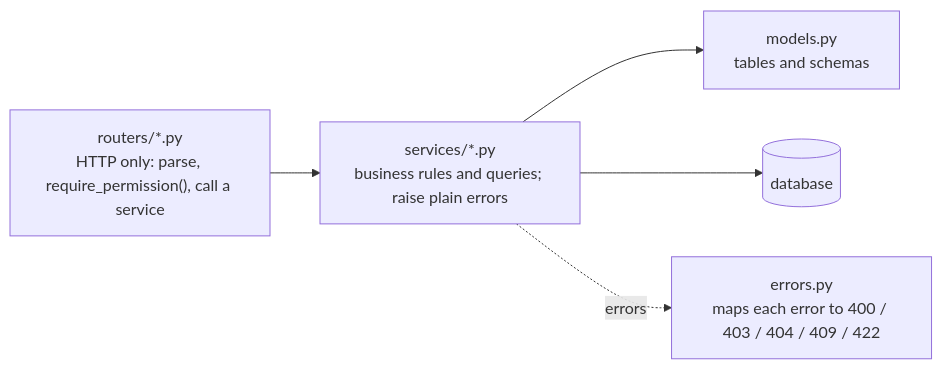
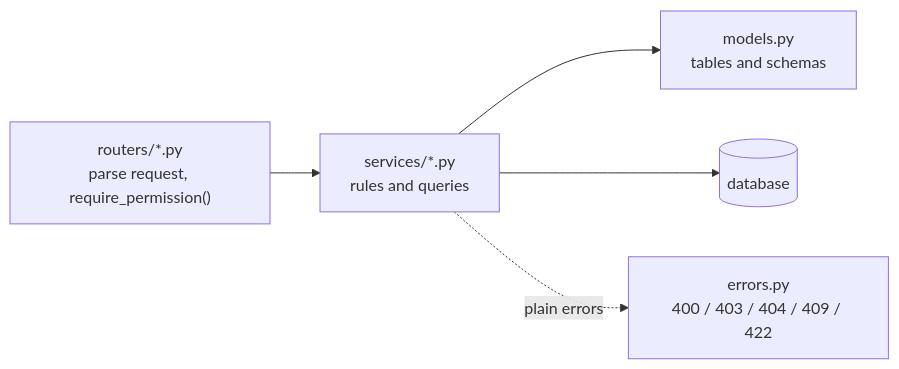
Before and after one commit to TanvirMahmudTushar/gym-buddy: the third of 8 diagrams in docs/FINAL_REPORT.md, drawn with Mermaid. The commit also changed other lines of this file and 24 other files, not shown here.

````diff
--- a/docs/FINAL_REPORT.md
+++ b/docs/FINAL_REPORT.md
@@ -220,7 +555,7 @@
 ```mermaid
 flowchart LR
-    R["routers/*.py<br/>HTTP only: parse, require_permission(), call a service"] --> S["services/*.py<br/>business rules and queries; raise plain errors"]
+    R["routers/*.py<br/>parse request, require_permission()"] --> S["services/*.py<br/>rules and queries"]
     S --> M["models.py<br/>tables and schemas"]
     S --> D[(database)]
-    S -. errors .-> H["errors.py<br/>maps each error to 400 / 403 / 404 / 409 / 422"]
+    S -. "plain errors" .-> E["errors.py<br/>400 / 403 / 404 / 409 / 422"]
 ```
````
